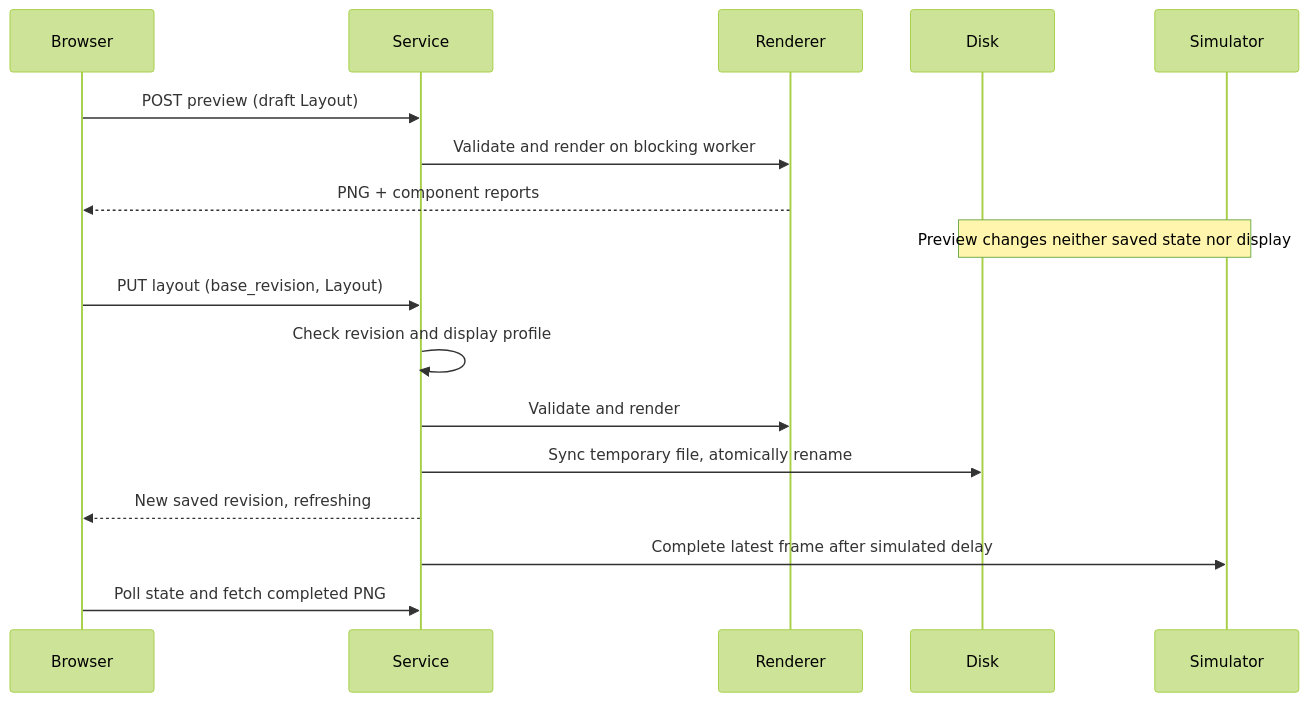
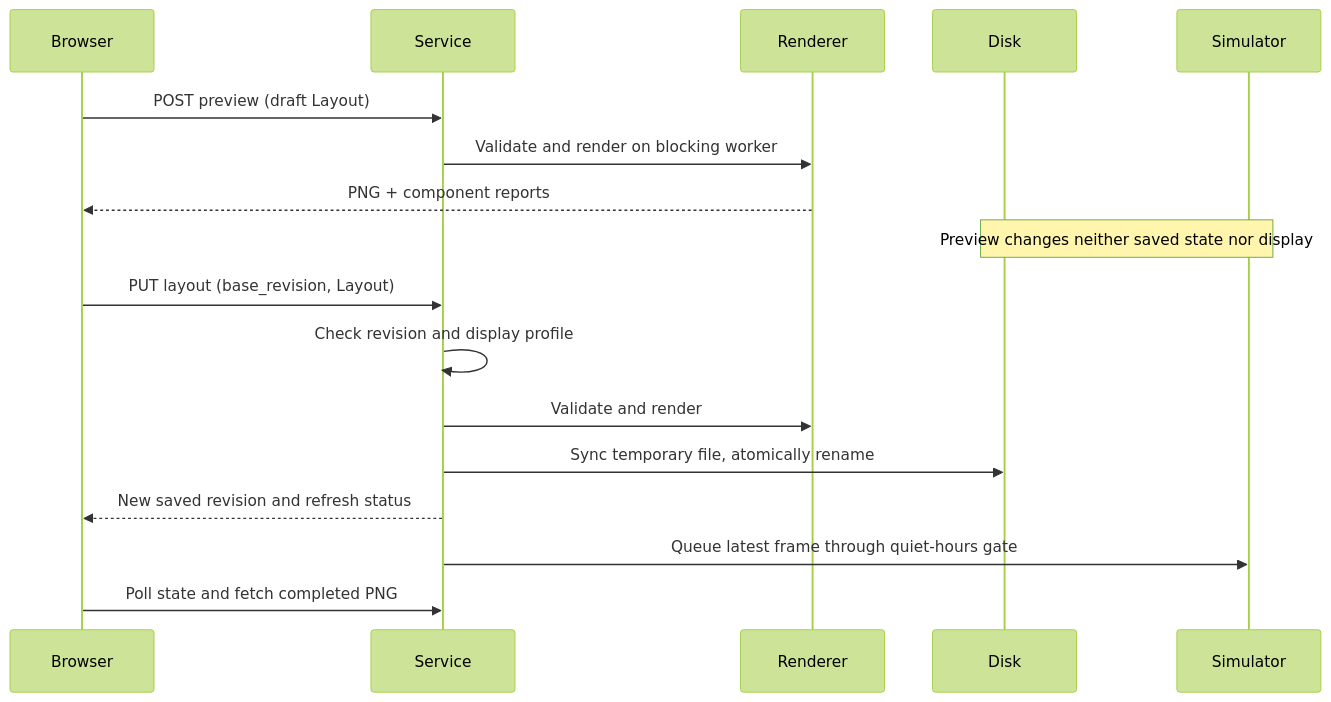
Before and after one commit to Odd-Orbit-Software/Paperphase: the diagram in docs/design/desktop-editor.md, drawn with Mermaid (forest theme). The commit also changed other lines of this file and 25 other files, not shown here.

````diff
--- a/docs/design/desktop-editor.md
+++ b/docs/design/desktop-editor.md
@@ -64,19 +64,19 @@
 ```mermaid
 sequenceDiagram
     participant Browser
     participant Service
     participant Renderer
     participant Disk
     participant Simulator
     Browser->>Service: POST preview (draft Layout)
     Service->>Renderer: Validate and render on blocking worker
     Renderer-->>Browser: PNG + component reports
     Note over Disk,Simulator: Preview changes neither saved state nor display
     Browser->>Service: PUT layout (base_revision, Layout)
     Service->>Service: Check revision and display profile
     Service->>Renderer: Validate and render
     Service->>Disk: Sync temporary file, atomically rename
-    Service-->>Browser: New saved revision, refreshing
-    Service->>Simulator: Complete latest frame after simulated delay
+    Service-->>Browser: New saved revision and refresh status
+    Service->>Simulator: Queue latest frame through quiet-hours gate
     Browser->>Service: Poll state and fetch completed PNG
 ```
````
